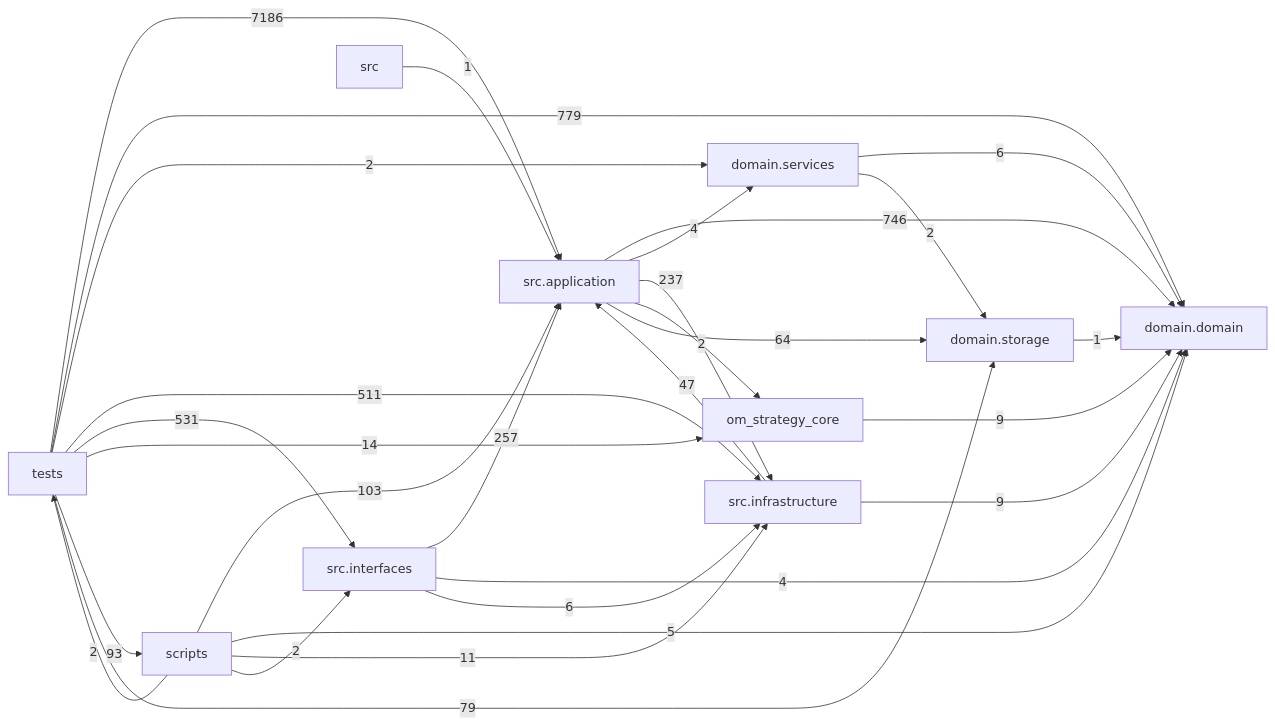
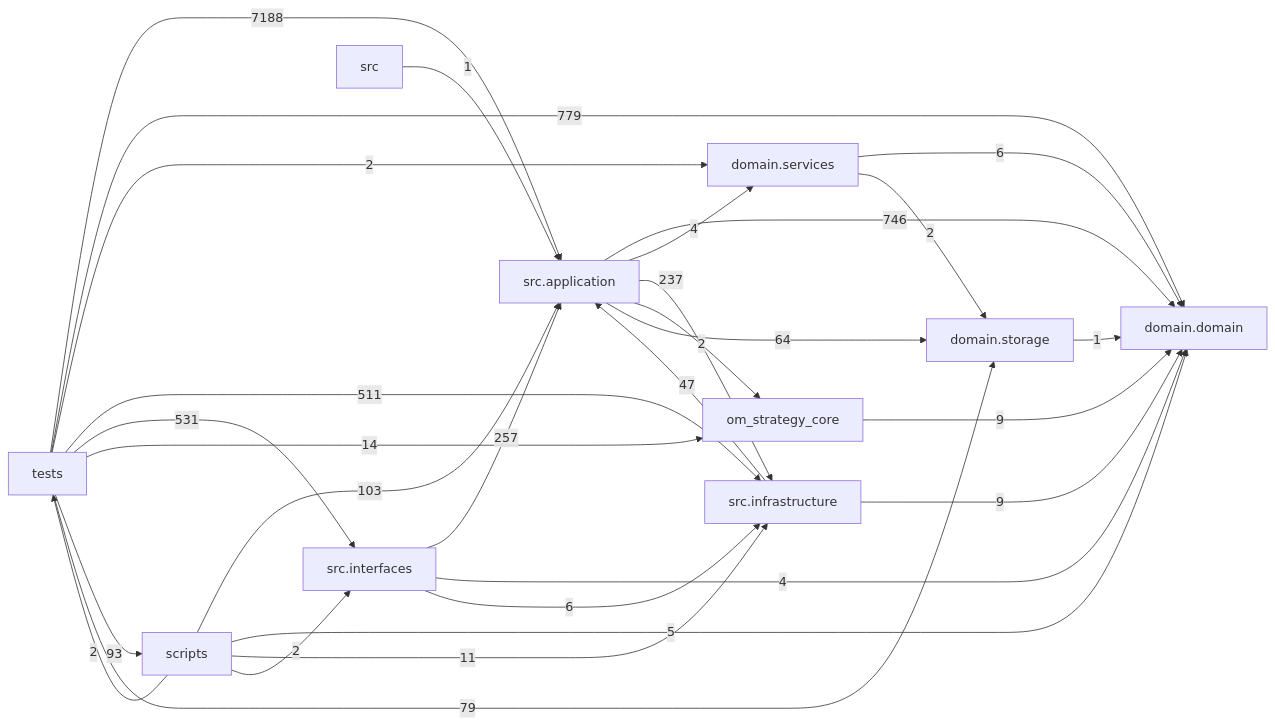
Before and after one commit to liuxie066/options-monitor: the diagram in docs/DEPENDENCY_GRAPH.md, drawn with Mermaid. The commit also changed other lines of this file and 3 other files, not shown here.

````diff
--- a/docs/DEPENDENCY_GRAPH.md
+++ b/docs/DEPENDENCY_GRAPH.md
@@ -24,39 +24,39 @@
 ```mermaid
 flowchart LR
   tests["tests"]
   scripts["scripts"]
   interfaces["src.interfaces"]
   application["src.application"]
   infrastructure["src.infrastructure"]
   domain_services["domain.services"]
   domain["domain.domain"]
   storage["domain.storage"]
   application -->|746| domain
   application -->|4| domain_services
   application -->|237| infrastructure
   application -->|2| om_strategy_core
   application -->|64| storage
   domain_services -->|6| domain
   domain_services -->|2| storage
   infrastructure -->|47| application
   infrastructure -->|9| domain
   interfaces -->|257| application
   interfaces -->|4| domain
   interfaces -->|6| infrastructure
   om_strategy_core -->|9| domain
   scripts -->|103| application
   scripts -->|5| domain
   scripts -->|11| infrastructure
   scripts -->|2| interfaces
   scripts -->|2| tests
   src -->|1| application
   storage -->|1| domain
-  tests -->|7186| application
+  tests -->|7188| application
   tests -->|779| domain
   tests -->|2| domain_services
   tests -->|511| infrastructure
   tests -->|531| interfaces
   tests -->|14| om_strategy_core
   tests -->|93| scripts
   tests -->|79| storage
 ```
````
